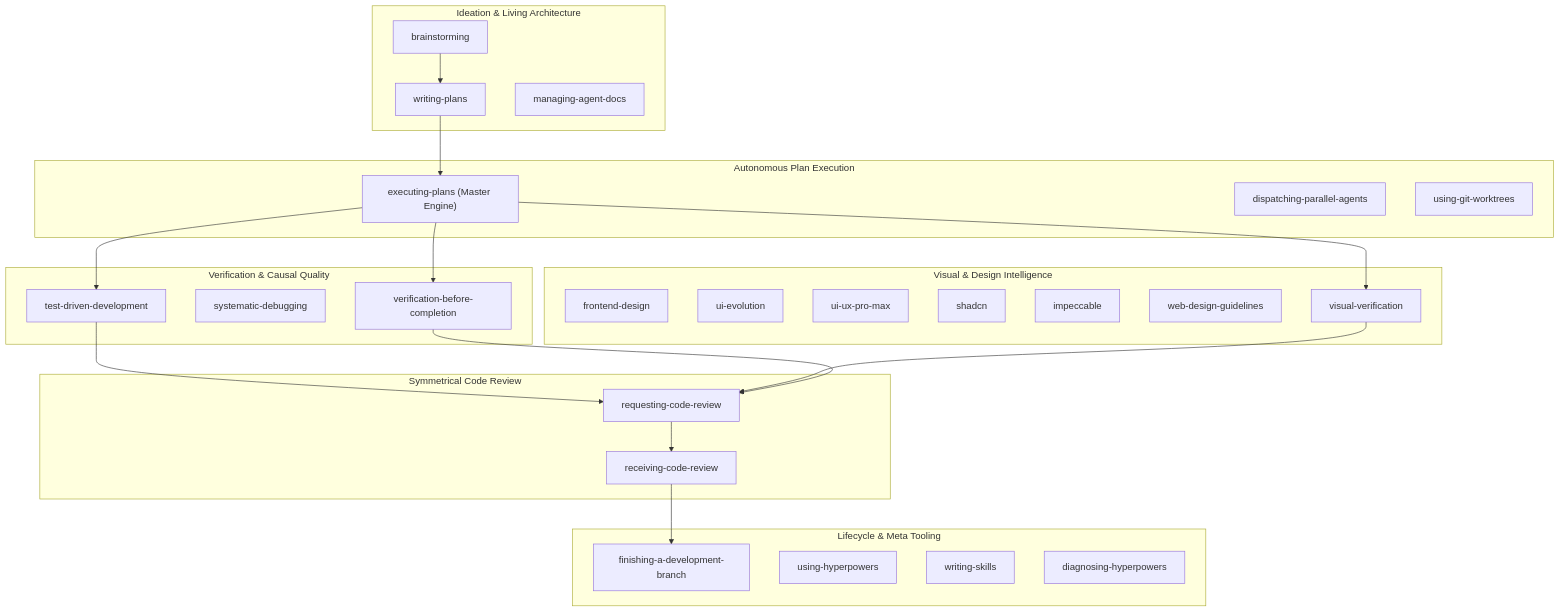
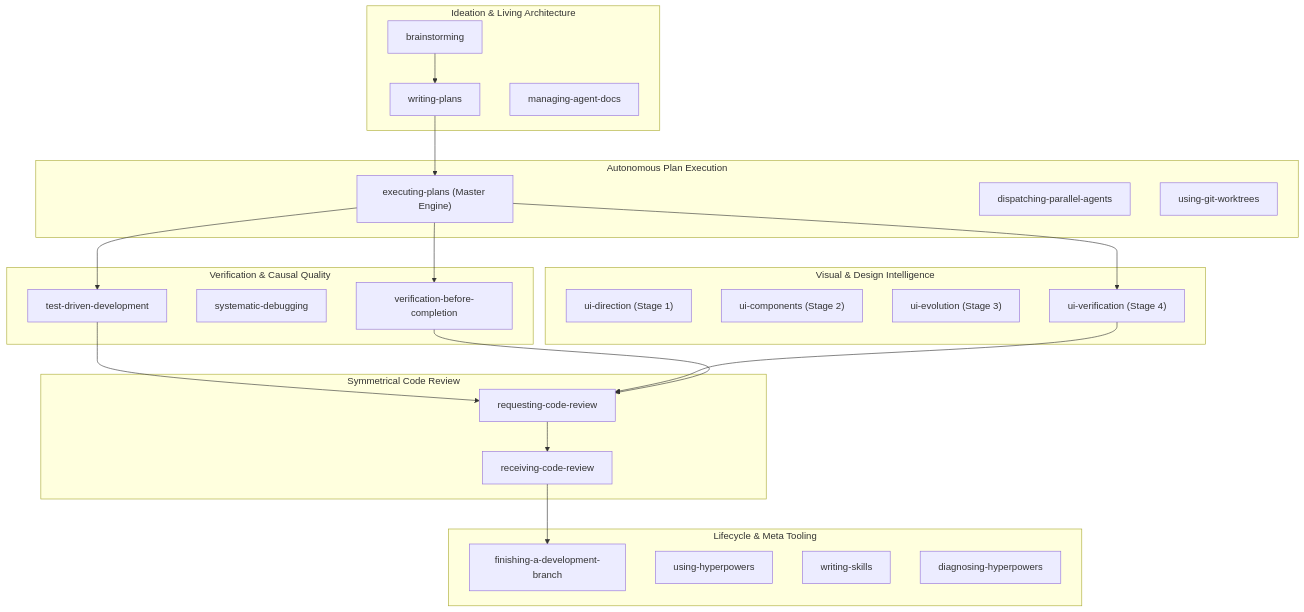
One commit to samwork64/hyperpowers changed the second of 2 diagrams in README.md. Above: the diagram before and after it, drawn with Mermaid. The commit also changed other lines of this file and 231 other files, not shown here.

````diff
--- a/README.md
+++ b/README.md
@@ -173,47 +182,44 @@
 ```mermaid
 flowchart TD
     subgraph UI["Visual & Design Intelligence"]
-        FD["frontend-design"]
-        UE["ui-evolution"]
-        UP["ui-ux-pro-max"]
-        SC["shadcn"]
-        IM["impeccable"]
-        WD["web-design-guidelines"]
-        VV["visual-verification"]
+        UD["ui-direction (Stage 1)"]
+        UC["ui-components (Stage 2)"]
+        UE["ui-evolution (Stage 3)"]
+        UV["ui-verification (Stage 4)"]
     end
 
     subgraph Exec["Autonomous Plan Execution"]
         EP["executing-plans (Master Engine)"]
         DP["dispatching-parallel-agents"]
         GW["using-git-worktrees"]
     end
 
     subgraph Quality["Verification & Causal Quality"]
         TDD["test-driven-development"]
         SD["systematic-debugging"]
         VC["verification-before-completion"]
     end
 
     subgraph Review["Symmetrical Code Review"]
         RQ["requesting-code-review"]
         RC["receiving-code-review"]
     end
 
     subgraph Memory["Ideation & Living Architecture"]
         BS["brainstorming"]
         WP["writing-plans"]
         AD["managing-agent-docs"]
     end
 
     subgraph Meta["Lifecycle & Meta Tooling"]
         FB["finishing-a-development-branch"]
         UH["using-hyperpowers"]
         WS["writing-skills"]
         DH["diagnosing-hyperpowers"]
     end
 
     BS --> WP --> EP
-    EP --> TDD & VV & VC
-    TDD & VV & VC --> RQ --> RC
+    EP --> TDD & UV & VC
+    TDD & UV & VC --> RQ --> RC
     RC --> FB
 ```
````
